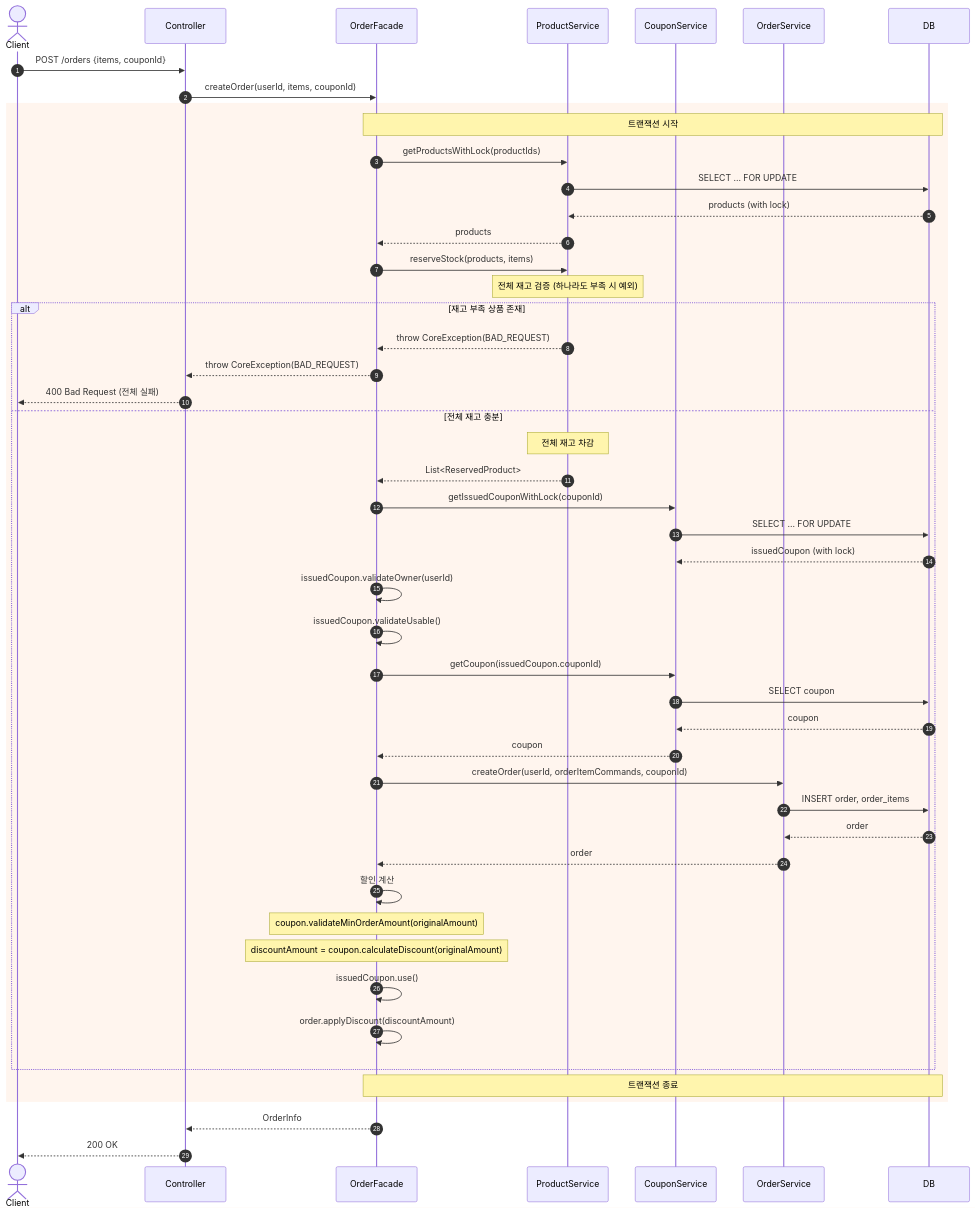
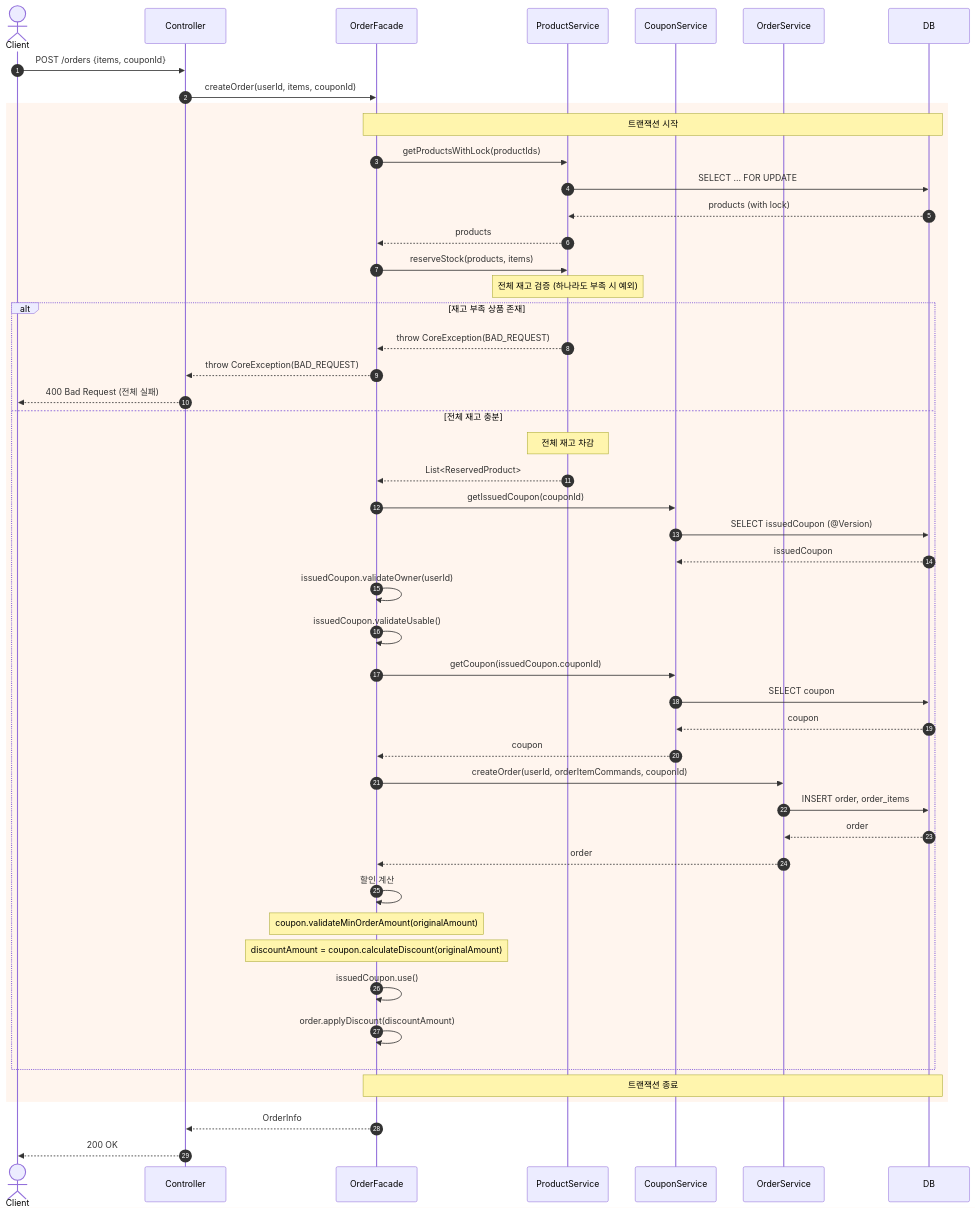
Before and after one commit to Loopers-dev-lab/loop-pack-be-l2-vol3-kotlin: the sixth of 7 diagrams in docs/design/02-sequence-diagrams.md, drawn with Mermaid. The commit also changed other lines of this file and 3 other files, not shown here.

````diff
--- a/docs/design/02-sequence-diagrams.md
+++ b/docs/design/02-sequence-diagrams.md
@@ -420,64 +420,64 @@
 ```mermaid
 sequenceDiagram
     autonumber
     actor Client
     participant Controller
     participant Facade as OrderFacade
     participant ProductService
     participant CouponService
     participant OrderService
     participant DB
 
     Client->>Controller: POST /orders {items, couponId}
     Controller->>Facade: createOrder(userId, items, couponId)
 
     rect rgb(255, 245, 238)
         Note over Facade,DB: 트랜잭션 시작
 
         Facade->>ProductService: getProductsWithLock(productIds)
         ProductService->>DB: SELECT ... FOR UPDATE
         DB-->>ProductService: products (with lock)
         ProductService-->>Facade: products
 
         Facade->>ProductService: reserveStock(products, items)
         Note over ProductService: 전체 재고 검증 (하나라도 부족 시 예외)
 
         alt 재고 부족 상품 존재
             ProductService-->>Facade: throw CoreException(BAD_REQUEST)
             Facade-->>Controller: throw CoreException(BAD_REQUEST)
             Controller-->>Client: 400 Bad Request (전체 실패)
         else 전체 재고 충분
             Note over ProductService: 전체 재고 차감
             ProductService-->>Facade: List<ReservedProduct>
 
-            Facade->>CouponService: getIssuedCouponWithLock(couponId)
-            CouponService->>DB: SELECT ... FOR UPDATE
-            DB-->>CouponService: issuedCoupon (with lock)
+            Facade->>CouponService: getIssuedCoupon(couponId)
+            CouponService->>DB: SELECT issuedCoupon (@Version)
+            DB-->>CouponService: issuedCoupon
 
             Facade->>Facade: issuedCoupon.validateOwner(userId)
             Facade->>Facade: issuedCoupon.validateUsable()
 
             Facade->>CouponService: getCoupon(issuedCoupon.couponId)
             CouponService->>DB: SELECT coupon
             DB-->>CouponService: coupon
             CouponService-->>Facade: coupon
 
             Facade->>OrderService: createOrder(userId, orderItemCommands, couponId)
             OrderService->>DB: INSERT order, order_items
             DB-->>OrderService: order
             OrderService-->>Facade: order
 
             Facade->>Facade: 할인 계산
             Note over Facade: coupon.validateMinOrderAmount(originalAmount)
             Note over Facade: discountAmount = coupon.calculateDiscount(originalAmount)
 
             Facade->>Facade: issuedCoupon.use()
             Facade->>Facade: order.applyDiscount(discountAmount)
         end
 
         Note over Facade,DB: 트랜잭션 종료
     end
 
     Facade-->>Controller: OrderInfo
     Controller-->>Client: 200 OK
 ```
````
